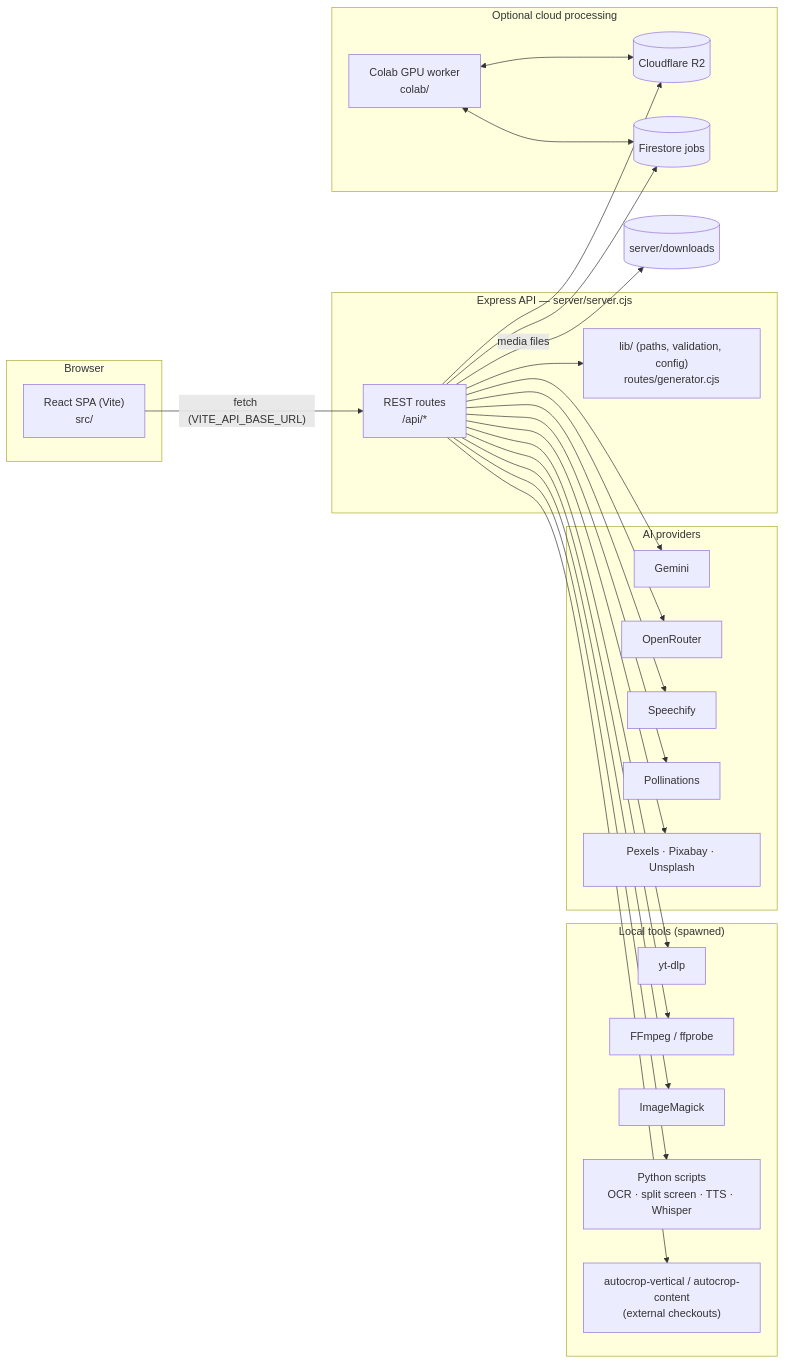
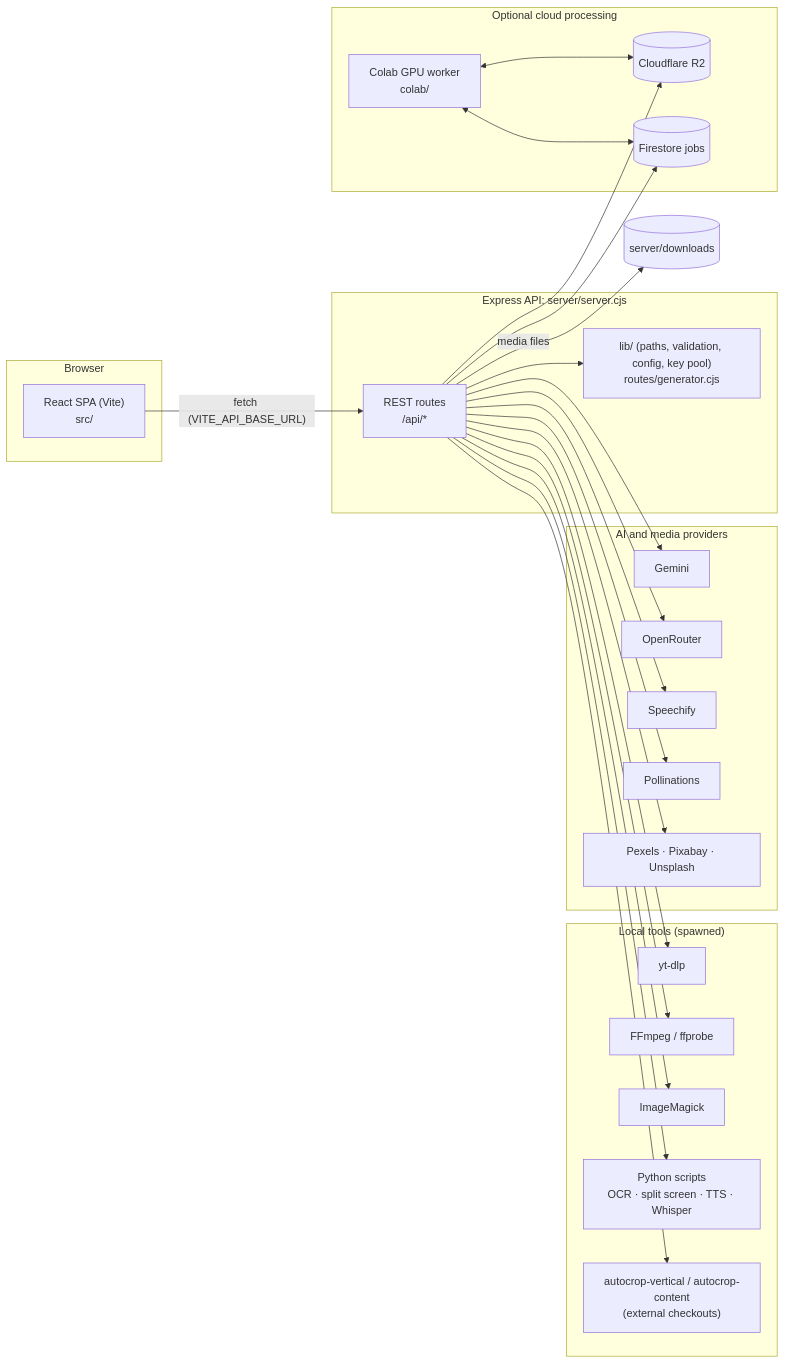
One commit to jeevithg090/EasyEdits changed the diagram in README.md. Above: the diagram before and after it, drawn with Mermaid. The commit also changed other lines of this file and 14 other files, not shown here.

````diff
--- a/README.md
+++ b/README.md
@@ -43,42 +174,42 @@
 ```mermaid
 flowchart LR
   subgraph Browser
     UI["React SPA (Vite)<br/>src/"]
   end
 
-  subgraph API["Express API — server/server.cjs"]
+  subgraph API["Express API: server/server.cjs"]
     Routes["REST routes<br/>/api/*"]
-    Lib["lib/ (paths, validation, config)<br/>routes/generator.cjs"]
+    Lib["lib/ (paths, validation, config, key pool)<br/>routes/generator.cjs"]
   end
 
   subgraph Local["Local tools (spawned)"]
     YT[yt-dlp]
     FF[FFmpeg / ffprobe]
     IM[ImageMagick]
     PY["Python scripts<br/>OCR · split screen · TTS · Whisper"]
     AC["autocrop-vertical / autocrop-content<br/>(external checkouts)"]
   end
 
-  subgraph AI["AI providers"]
+  subgraph AI["AI and media providers"]
     GEM[Gemini]
     OR[OpenRouter]
     SP[Speechify]
     POL[Pollinations]
     STOCK[Pexels · Pixabay · Unsplash]
   end
 
   subgraph Cloud["Optional cloud processing"]
     R2[(Cloudflare R2)]
     FS[(Firestore jobs)]
     COLAB["Colab GPU worker<br/>colab/"]
   end
 
   UI -- "fetch (VITE_API_BASE_URL)" --> Routes
   Routes --> Lib
   Routes --> YT & FF & IM & PY & AC
   Routes --> GEM & OR & SP & POL & STOCK
   Routes --> R2 & FS
   COLAB <--> R2
   COLAB <--> FS
   Routes -- "media files" --> DL[(server/downloads)]
 ```
````
